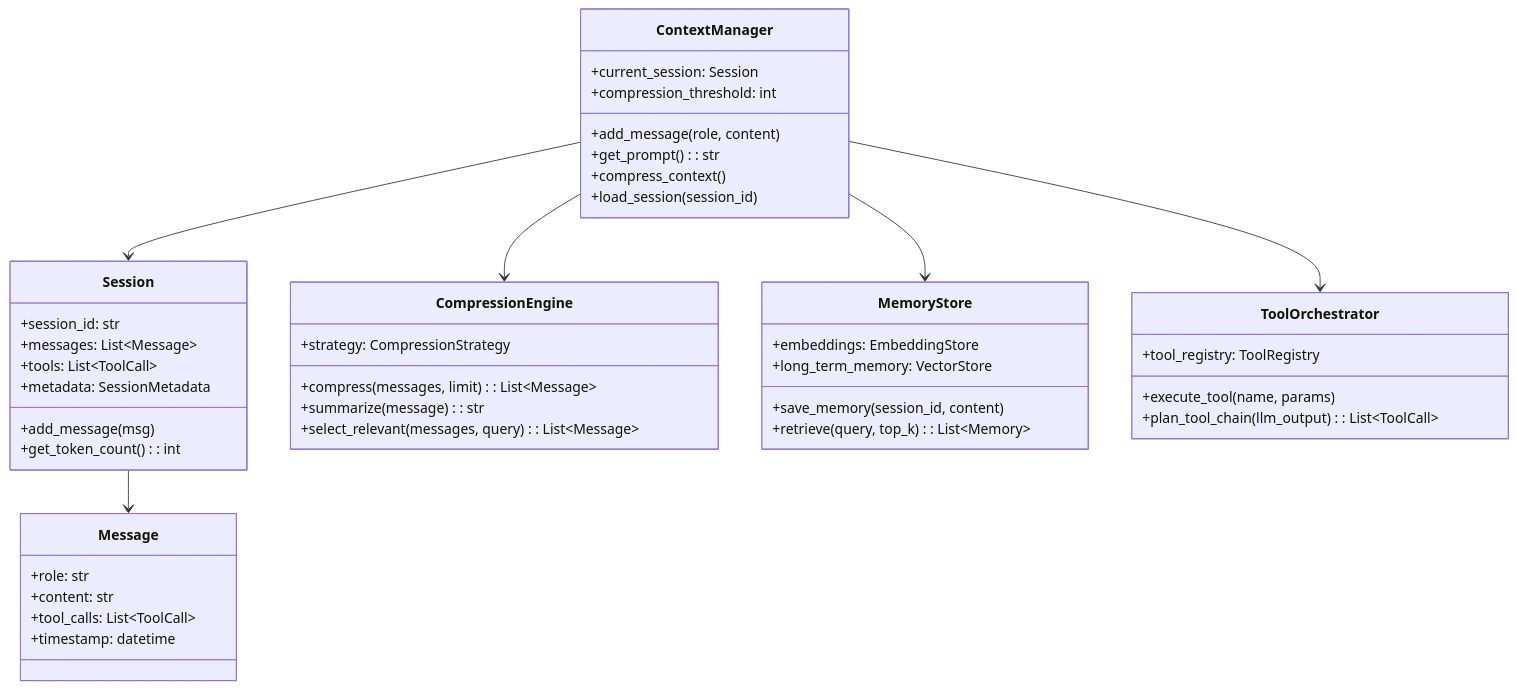
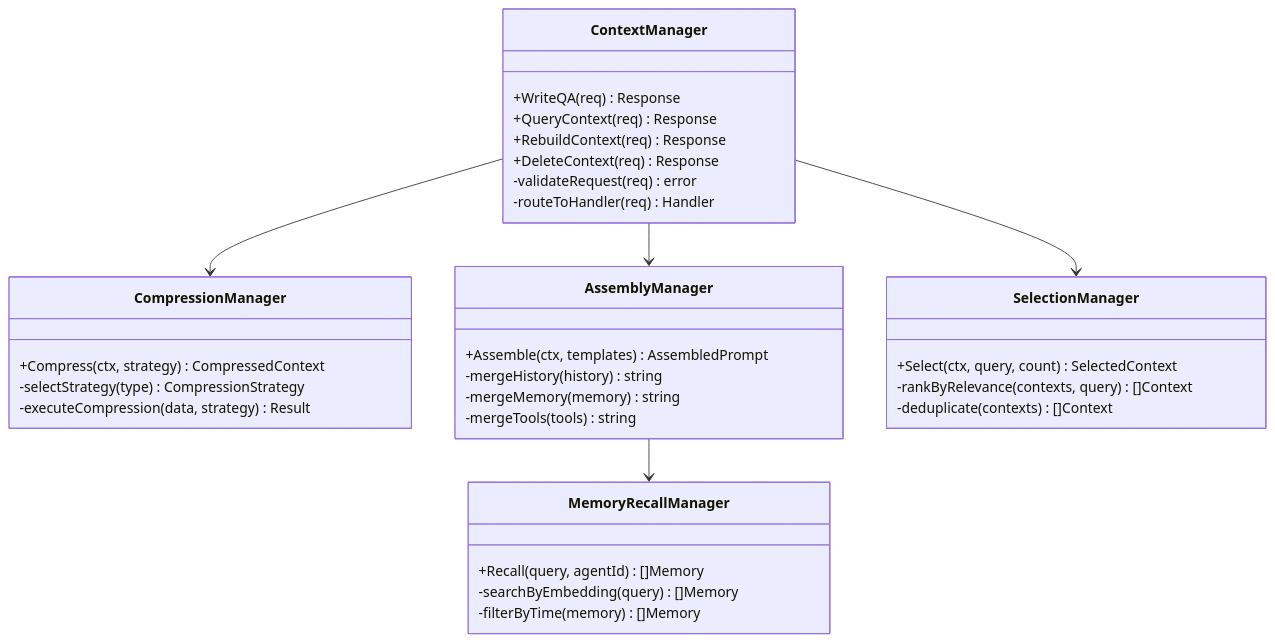
One commit to 352775098-dev/ContextService changed the eighth of 27 diagrams in docs/architecture.md.md. Above: the diagram before and after it, drawn with Mermaid. The commit also changed other lines of this file, not shown here.

````diff
--- a/docs/architecture.md.md
+++ b/docs/architecture.md.md
@@ -145,53 +257,41 @@
 ```mermaid
 classDiagram
     class ContextManager {
-        +current_session: Session
-        +compression_threshold: int
-        +add_message(role, content)
-        +get_prompt(): str
-        +compress_context()
-        +load_session(session_id)
+        +WriteQA(req) Response
+        +QueryContext(req) Response
+        +RebuildContext(req) Response
+        +DeleteContext(req) Response
+        -validateRequest(req) error
+        -routeToHandler(req) Handler
     }
     
-    class Session {
-        +session_id: str
-        +messages: List~Message~
-        +tools: List~ToolCall~
-        +metadata: SessionMetadata
-        +add_message(msg)
-        +get_token_count(): int
+    class CompressionManager {
+        +Compress(ctx, strategy) CompressedContext
+        -selectStrategy(type) CompressionStrategy
+        -executeCompression(data, strategy) Result
     }
     
-    class Message {
-        +role: str
-        +content: str
-        +tool_calls: List~ToolCall~
-        +timestamp: datetime
+    class AssemblyManager {
+        +Assemble(ctx, templates) AssembledPrompt
+        -mergeHistory(history) string
+        -mergeMemory(memory) string
+        -mergeTools(tools) string
     }
     
-    class CompressionEngine {
-        +strategy: CompressionStrategy
-        +compress(messages, limit): List~Message~
-        +summarize(message): str
-        +select_relevant(messages, query): List~Message~
+    class SelectionManager {
+        +Select(ctx, query, count) SelectedContext
+        -rankByRelevance(contexts, query) []Context
+        -deduplicate(contexts) []Context
     }
     
-    class MemoryStore {
-        +embeddings: EmbeddingStore
-        +long_term_memory: VectorStore
-        +save_memory(session_id, content)
-        +retrieve(query, top_k): List~Memory~
+    class MemoryRecallManager {
+        +Recall(query, agentId) []Memory
+        -searchByEmbedding(query) []Memory
+        -filterByTime(memory) []Memory
     }
     
-    class ToolOrchestrator {
-        +tool_registry: ToolRegistry
-        +execute_tool(name, params)
-        +plan_tool_chain(llm_output): List~ToolCall~
-    }
-    
-    ContextManager --> Session
-    Session --> Message
-    ContextManager --> CompressionEngine
-    ContextManager --> MemoryStore
-    ContextManager --> ToolOrchestrator
+    ContextManager --> CompressionManager
+    ContextManager --> AssemblyManager
+    ContextManager --> SelectionManager
+    AssemblyManager --> MemoryRecallManager
 ```
````
